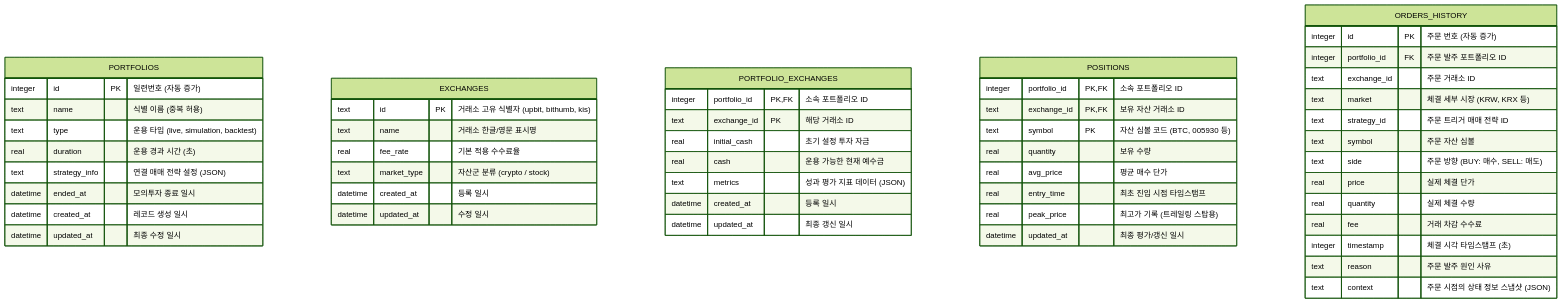
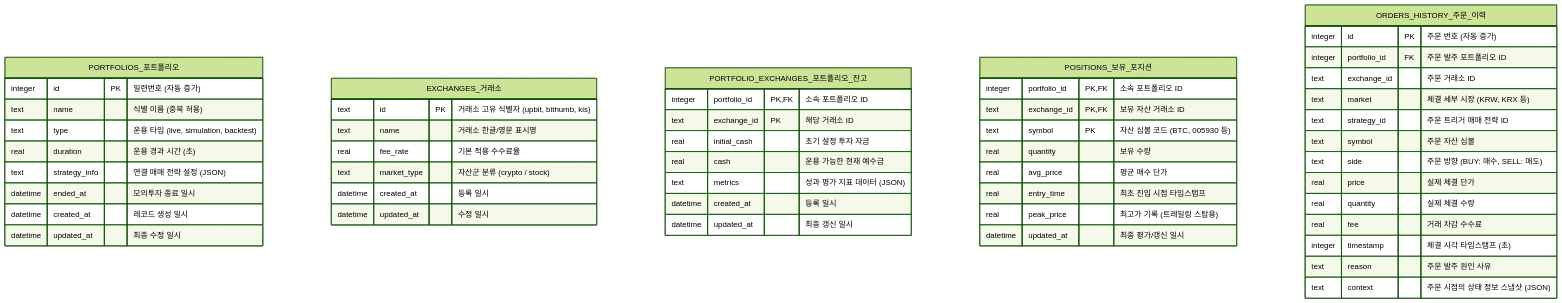
Before and after one commit to yslsoft-ui/ATS: the second of 5 diagrams in docs/erd-specification.md, drawn with Mermaid (forest theme). The commit also changed other lines of this file, not shown here.

Commit message:
docs: ERD 명세서 내 Mermaid 다이어그램에 한글 논리명 식별자 병기

````diff
--- a/docs/erd-specification.md
+++ b/docs/erd-specification.md
@@ -87,59 +87,59 @@
 ```mermaid
 erDiagram
-    PORTFOLIOS {
+    PORTFOLIOS_포트폴리오 {
         integer id PK "일련번호 (자동 증가)"
         text name "식별 이름 (중복 허용)"
         text type "운용 타입 (live, simulation, backtest)"
         real duration "운용 경과 시간 (초)"
         text strategy_info "연결 매매 전략 설정 (JSON)"
         datetime ended_at "모의투자 종료 일시"
         datetime created_at "레코드 생성 일시"
         datetime updated_at "최종 수정 일시"
     }
 
-    EXCHANGES {
+    EXCHANGES_거래소 {
         text id PK "거래소 고유 식별자 (upbit, bithumb, kis)"
         text name "거래소 한글/영문 표시명"
         real fee_rate "기본 적용 수수료율"
         text market_type "자산군 분류 (crypto / stock)"
         datetime created_at "등록 일시"
         datetime updated_at "수정 일시"
     }
 
-    PORTFOLIO_EXCHANGES {
+    PORTFOLIO_EXCHANGES_포트폴리오_잔고 {
         integer portfolio_id PK, FK "소속 포트폴리오 ID"
         text exchange_id PK "해당 거래소 ID"
         real initial_cash "초기 설정 투자 자금"
         real cash "운용 가능한 현재 예수금"
         text metrics "성과 평가 지표 데이터 (JSON)"
         datetime created_at "등록 일시"
         datetime updated_at "최종 갱신 일시"
     }
 
-    POSITIONS {
+    POSITIONS_보유_포지션 {
         integer portfolio_id PK, FK "소속 포트폴리오 ID"
         text exchange_id PK, FK "보유 자산 거래소 ID"
         text symbol PK "자산 심볼 코드 (BTC, 005930 등)"
         real quantity "보유 수량"
         real avg_price "평균 매수 단가"
         real entry_time "최초 진입 시점 타임스탬프"
         real peak_price "최고가 기록 (트레일링 스탑용)"
         datetime updated_at "최종 평가/갱신 일시"
     }
 
-    ORDERS_HISTORY {
+    ORDERS_HISTORY_주문_이력 {
         integer id PK "주문 번호 (자동 증가)"
         integer portfolio_id FK "주문 발주 포트폴리오 ID"
         text exchange_id "주문 거래소 ID"
         text market "체결 세부 시장 (KRW, KRX 등)"
         text strategy_id "주문 트리거 매매 전략 ID"
         text symbol "주문 자산 심볼"
         text side "주문 방향 (BUY: 매수, SELL: 매도)"
         real price "실제 체결 단가"
         real quantity "실제 체결 수량"
         real fee "거래 차감 수수료"
         integer timestamp "체결 시각 타임스탬프 (초)"
         text reason "주문 발주 원인 사유"
         text context "주문 시점의 상태 정보 스냅샷 (JSON)"
     }
 ```
````
